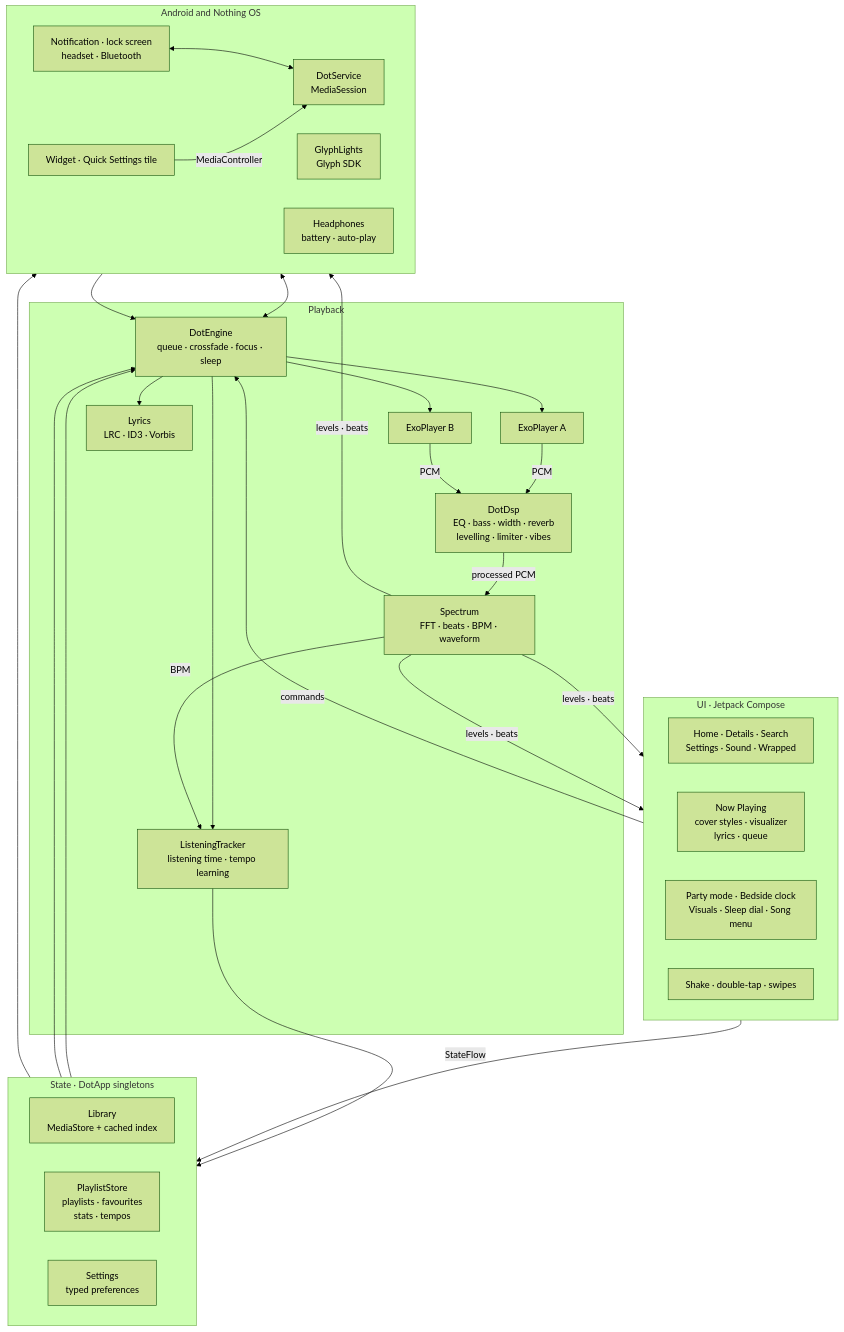
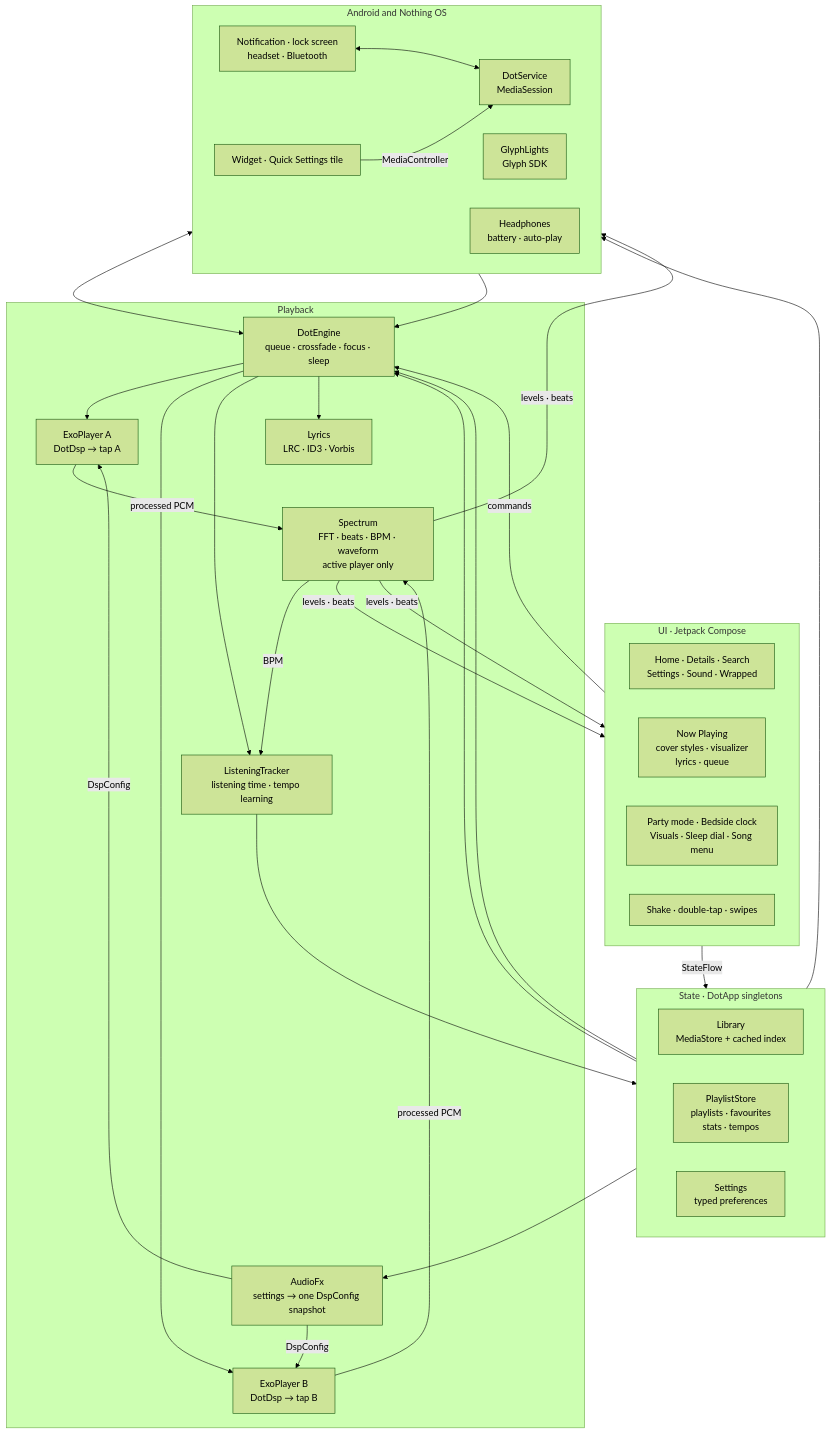
Before and after one commit to ShahadatTest/dot: the first of 6 diagrams in README.md, drawn with Mermaid (forest theme). The commit also changed other lines of this file, not shown here.

````diff
--- a/README.md
+++ b/README.md
@@ -194,51 +197,52 @@
 ```mermaid
 flowchart TB
     subgraph UI["UI · Jetpack Compose"]
         direction LR
         Screens["Home · Details · Search<br/>Settings · Sound · Wrapped"]
         NP["Now Playing<br/>cover styles · visualizer<br/>lyrics · queue"]
         Overlays["Party mode · Bedside clock<br/>Visuals · Sleep dial · Song menu"]
         Gestures["Shake · double-tap · swipes"]
     end
 
     subgraph Core["State · DotApp singletons"]
         direction LR
         Library["Library<br/>MediaStore + cached index"]
         Store["PlaylistStore<br/>playlists · favourites<br/>stats · tempos"]
         Prefs["Settings<br/>typed preferences"]
     end
 
     subgraph Playback["Playback"]
         Engine["DotEngine<br/>queue · crossfade · focus · sleep"]
         Tracker["ListeningTracker<br/>listening time · tempo learning"]
-        P1["ExoPlayer A"]
-        P2["ExoPlayer B"]
-        Fx["DotDsp<br/>EQ · bass · width · reverb<br/>levelling · limiter · vibes"]
-        Spec["Spectrum<br/>FFT · beats · BPM · waveform"]
+        P1["ExoPlayer A<br/>DotDsp → tap A"]
+        P2["ExoPlayer B<br/>DotDsp → tap B"]
+        Fx["AudioFx<br/>settings → one DspConfig snapshot"]
+        Spec["Spectrum<br/>FFT · beats · BPM · waveform<br/>active player only"]
         Lyrics["Lyrics<br/>LRC · ID3 · Vorbis"]
     end
 
     subgraph System["Android and Nothing OS"]
         direction LR
         Service["DotService<br/>MediaSession"]
         Glyph["GlyphLights<br/>Glyph SDK"]
         Media["Notification · lock screen<br/>headset · Bluetooth"]
         Widget["Widget · Quick Settings tile"]
         Ear["Headphones<br/>battery · auto-play"]
     end
 
     UI -- "StateFlow" --> Core
     UI -- "commands" --> Engine
     Library --> Engine
     Prefs --> Engine & Glyph
     Engine --> P1 & P2
     Engine --> Tracker --> Store
     Engine --> Lyrics
-    P1 & P2 -- "PCM" --> Fx -- "processed PCM" --> Spec
+    Prefs --> Fx -- "DspConfig" --> P1 & P2
+    P1 & P2 -- "processed PCM" --> Spec
     Spec -- "levels · beats" --> NP & Overlays & Glyph
     Spec -- "BPM" --> Tracker
     Service <--> Engine
     Media <--> Service
     Widget -- "MediaController" --> Service
     Ear --> Engine
 ```
````
